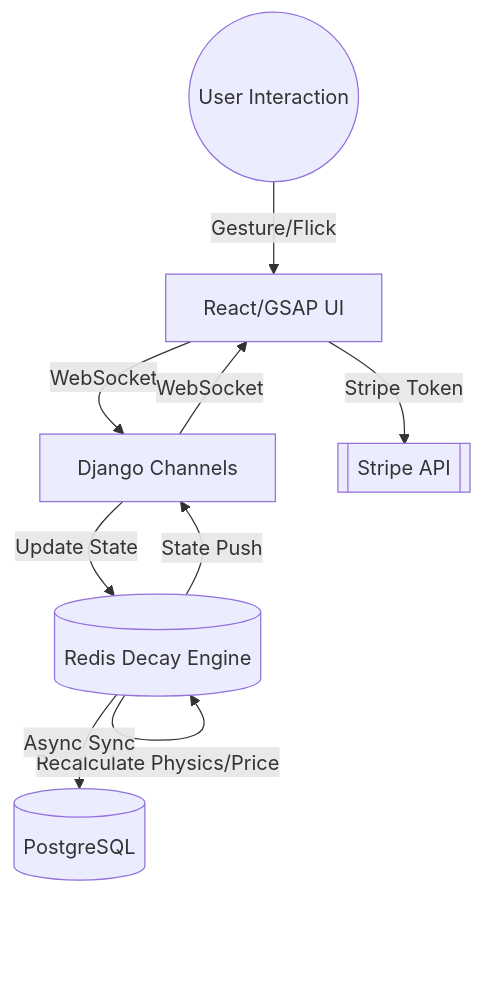
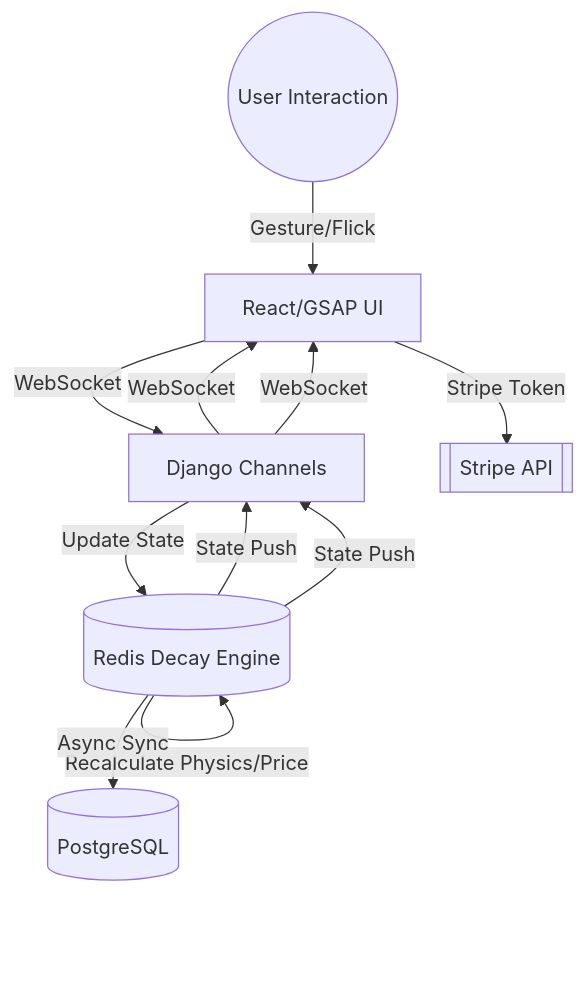
Before and after one commit to RAAZIA-YASIN6770/SwiftCart: the diagram in _bmad-output/planning-artifacts/bmad-architecture.md, drawn with Mermaid. The commit also changed other lines of this file and 1 other file, not shown here.

Commit message:
feat: create initial architecture decision document for SwiftCart.

````diff
--- a/_bmad-output/planning-artifacts/bmad-architecture.md
+++ b/_bmad-output/planning-artifacts/bmad-architecture.md
@@ -146,11 +221,13 @@
 ```mermaid
 graph TD
     User((User Interaction)) -->|Gesture/Flick| React[React/GSAP UI]
     React -->|WebSocket| Channels[Django Channels]
     Channels -->|Update State| Redis[(Redis Decay Engine)]
     Redis -->|Recalculate Physics/Price| Redis
     Redis -->|State Push| Channels
     Channels -->|WebSocket| React
+    Redis -->|State Push| Channels
+    Channels -->|WebSocket| React
     Redis -->|Async Sync| DB[(PostgreSQL)]
     React -->|Stripe Token| Stripe[[Stripe API]]
 ```
````
